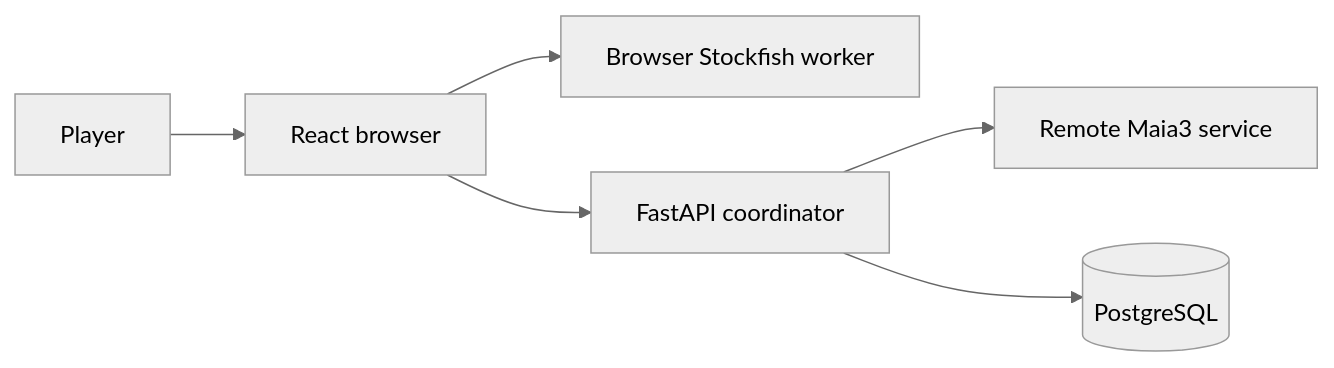
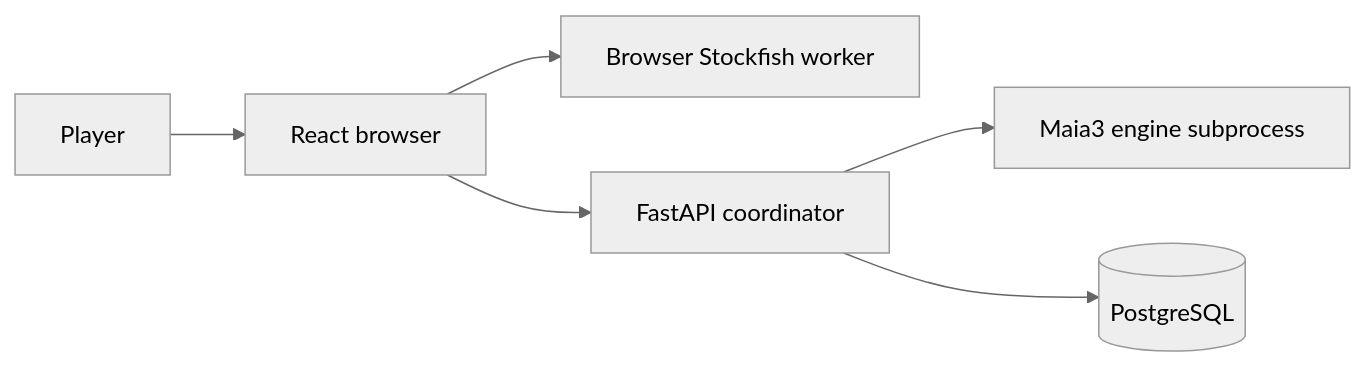
One commit to guelo/ghostreplay changed the diagram in SPEC.md. Above: the diagram before and after it, drawn with Mermaid (neutral theme). The commit also changed other lines of this file and 20 other files, not shown here.

First line of the commit message:
Run Maia3 as a local UCI engine service, off by default (g-maia3-engine-service)

````diff
--- a/SPEC.md
+++ b/SPEC.md
@@ -124,8 +124,8 @@
 ```mermaid
 flowchart LR
     Player[Player] --> Browser[React browser]
     Browser --> Worker[Browser Stockfish worker]
     Browser --> API[FastAPI coordinator]
-    API --> Maia[Remote Maia3 service]
+    API --> Maia[Maia3 engine subprocess]
     API --> DB[(PostgreSQL)]
 ```
````
